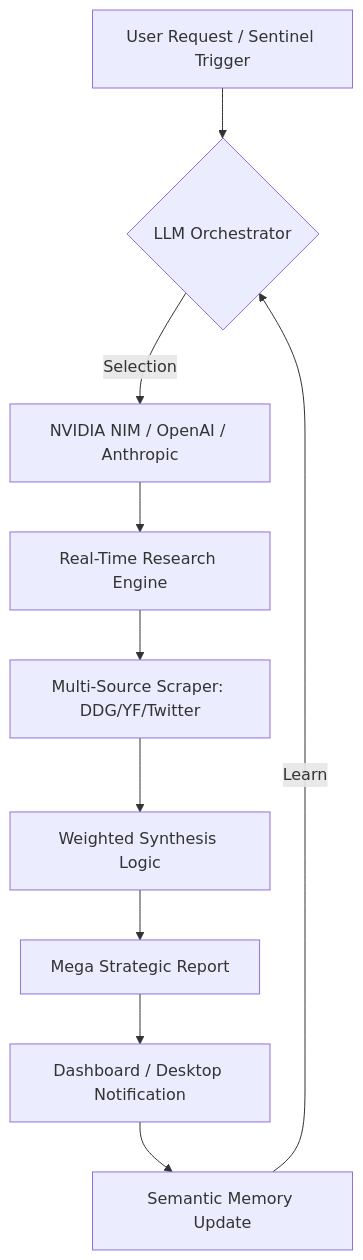
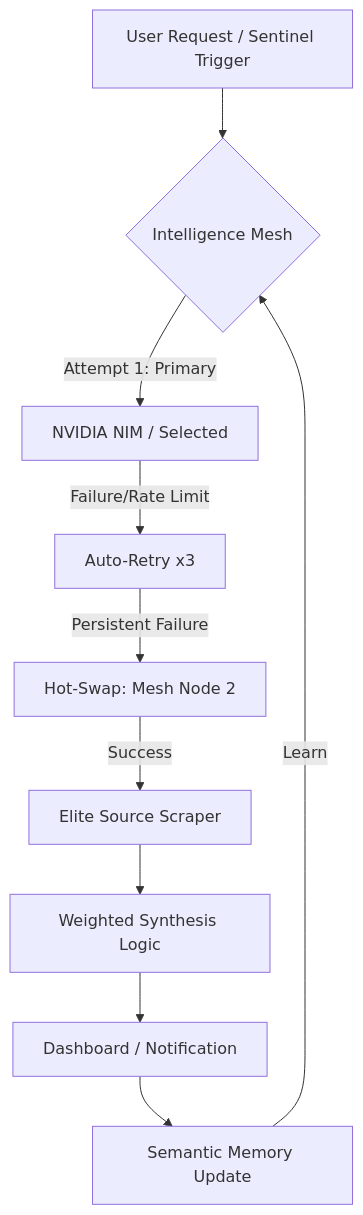
Before and after one commit to hackers-reality/FinIntel: the diagram in README.md, drawn with Mermaid. The commit also changed other lines of this file, not shown here.

Commit message:
Docs: Finalized Sovereign Intelligence Mesh & Elite Matrix Manual

````diff
--- a/README.md
+++ b/README.md
@@ -29,12 +14,12 @@
 ```mermaid
 graph TD
-    A[User Request / Sentinel Trigger] --> B{LLM Orchestrator}
-    B -->|Selection| C[NVIDIA NIM / OpenAI / Anthropic]
-    C --> D[Real-Time Research Engine]
-    D --> E[Multi-Source Scraper: DDG/YF/Twitter]
-    E --> F[Weighted Synthesis Logic]
-    F --> G[Mega Strategic Report]
-    G --> H[Dashboard / Desktop Notification]
+    A[User Request / Sentinel Trigger] --> B{Intelligence Mesh}
+    B -->|Attempt 1: Primary| C[NVIDIA NIM / Selected]
+    C -->|Failure/Rate Limit| D[Auto-Retry x3]
+    D -->|Persistent Failure| E[Hot-Swap: Mesh Node 2]
+    E -->|Success| F[Elite Source Scraper]
+    F --> G[Weighted Synthesis Logic]
+    G --> H[Dashboard / Notification]
     H --> I[Semantic Memory Update]
     I -->|Learn| B
 ```
````
